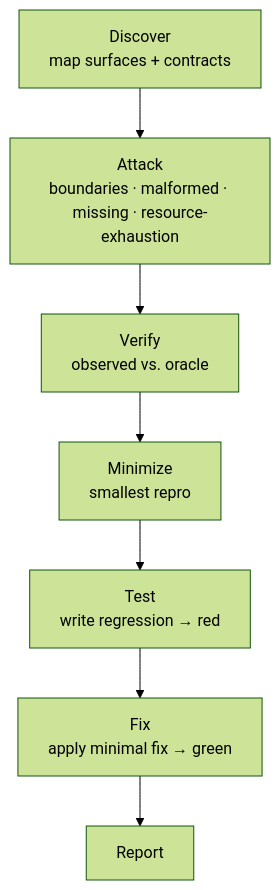
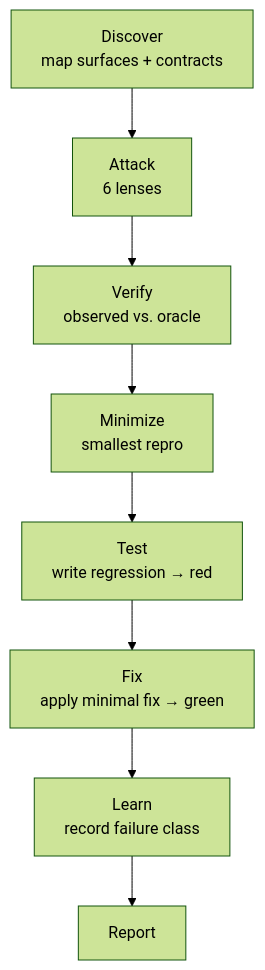
One commit to mhenke/sstack changed the diagram in README.md. Above: the diagram before and after it, drawn with Mermaid (forest theme). The commit also changed other lines of this file and 2 other files, not shown here.

````diff
--- a/README.md
+++ b/README.md
@@ -26,9 +26,10 @@
 ```mermaid
 flowchart TD
-    D["Discover\nmap surfaces + contracts"] --> A["Attack\nboundaries · malformed · missing · resource-exhaustion"]
+    D["Discover\nmap surfaces + contracts"] --> A["Attack\n6 lenses"]
     A --> V["Verify\nobserved vs. oracle"]
     V --> M["Minimize\nsmallest repro"]
     M --> T["Test\nwrite regression → red"]
     T --> F["Fix\napply minimal fix → green"]
-    F --> R["Report"]
+    F --> L["Learn\nrecord failure class"]
+    L --> R["Report"]
 ```
````
